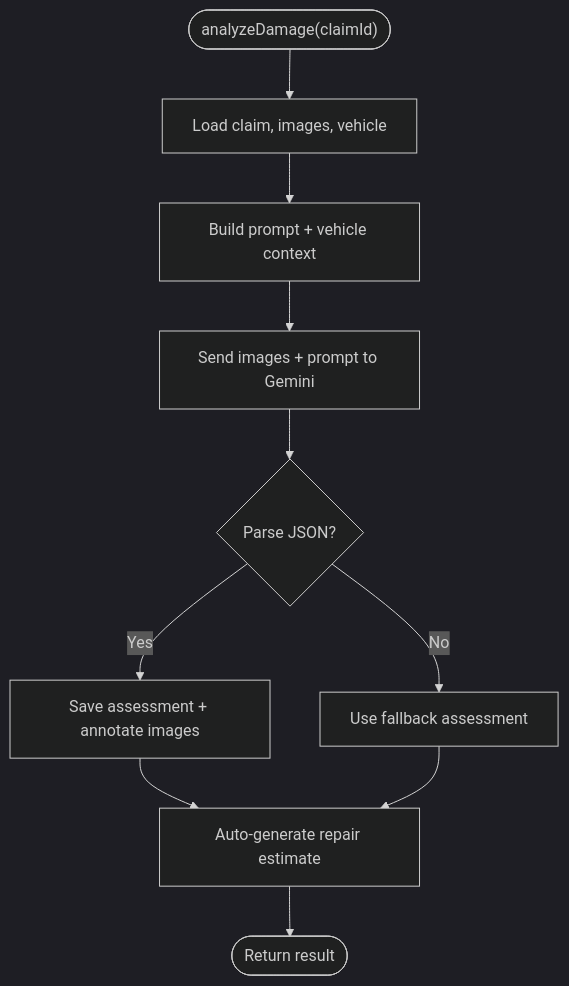
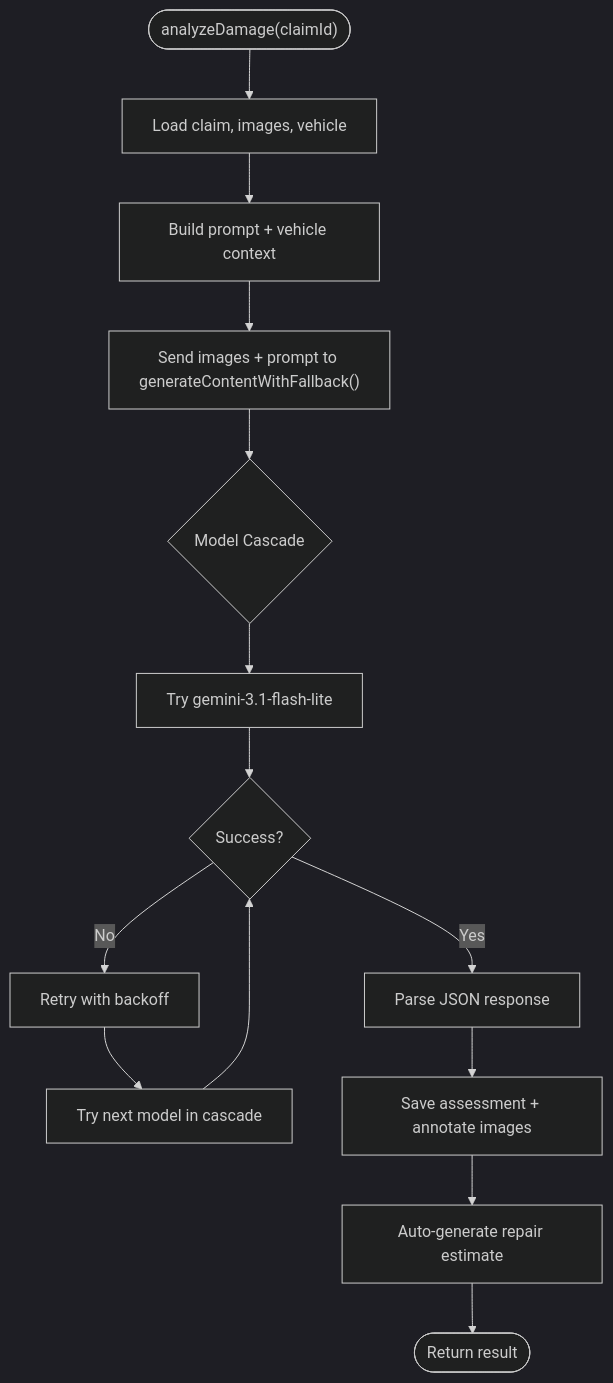
The fifth of 9 diagrams in .qoder/repowiki/en/content/AI Services Integration/AI Services Integration.md (NaveenHiranya/Smart-Vehicle-Insurance-Claim-System), drawn with Mermaid (dark theme) before and after one commit. The commit also changed other lines of this file and 41 other files, not shown here.

````diff
--- a/.qoder/repowiki/en/content/AI Services Integration/AI Services Integration.md
+++ b/.qoder/repowiki/en/content/AI Services Integration/AI Services Integration.md
@@ -186,12 +186,16 @@
 ```mermaid
 flowchart TD
 Start(["analyzeDamage(claimId)"]) --> Load["Load claim, images, vehicle"]
 Load --> BuildPrompt["Build prompt + vehicle context"]
-BuildPrompt --> Send["Send images + prompt to Gemini"]
-Send --> Parse{"Parse JSON?"}
-Parse --> |Yes| Save["Save assessment + annotate images"]
-Parse --> |No| Fallback["Use fallback assessment"]
+BuildPrompt --> Send["Send images + prompt to generateContentWithFallback()"]
+Send --> Cascade{"Model Cascade"}
+Cascade --> Primary["Try gemini-3.1-flash-lite"]
+Primary --> Success{Success?}
+Success --> |Yes| Parse["Parse JSON response"]
+Success --> |No| Retry["Retry with backoff"]
+Retry --> NextModel["Try next model in cascade"]
+NextModel --> Success
+Parse --> Save["Save assessment + annotate images"]
 Save --> AutoEstimate["Auto-generate repair estimate"]
-Fallback --> AutoEstimate
 AutoEstimate --> End(["Return result"])
 ```
````
